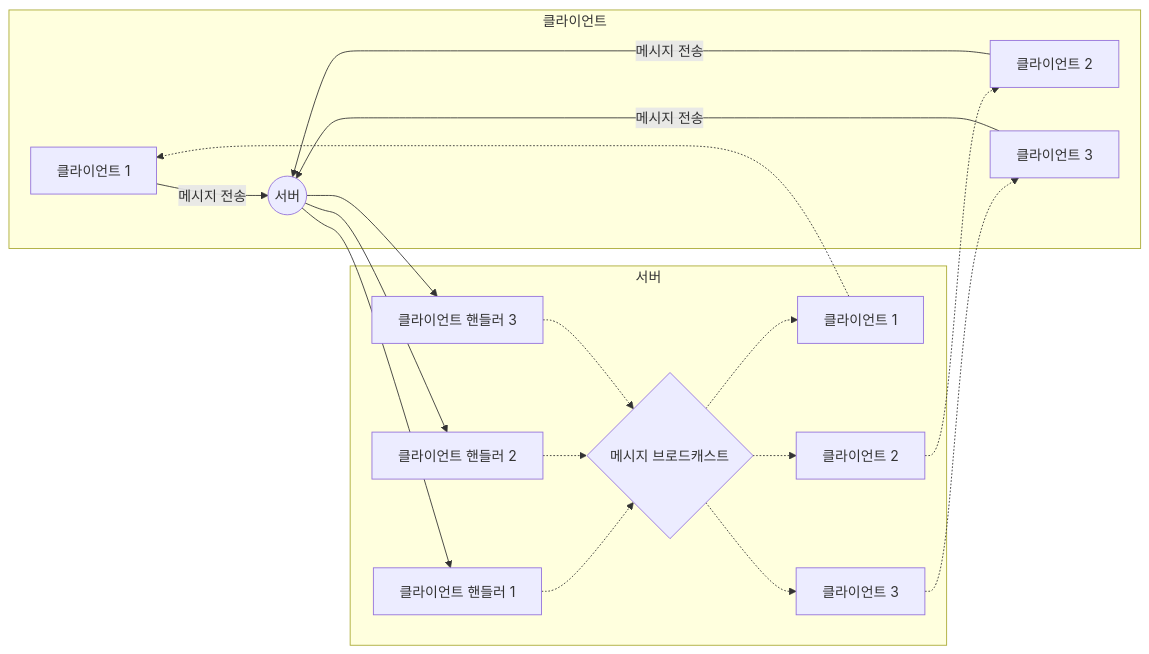
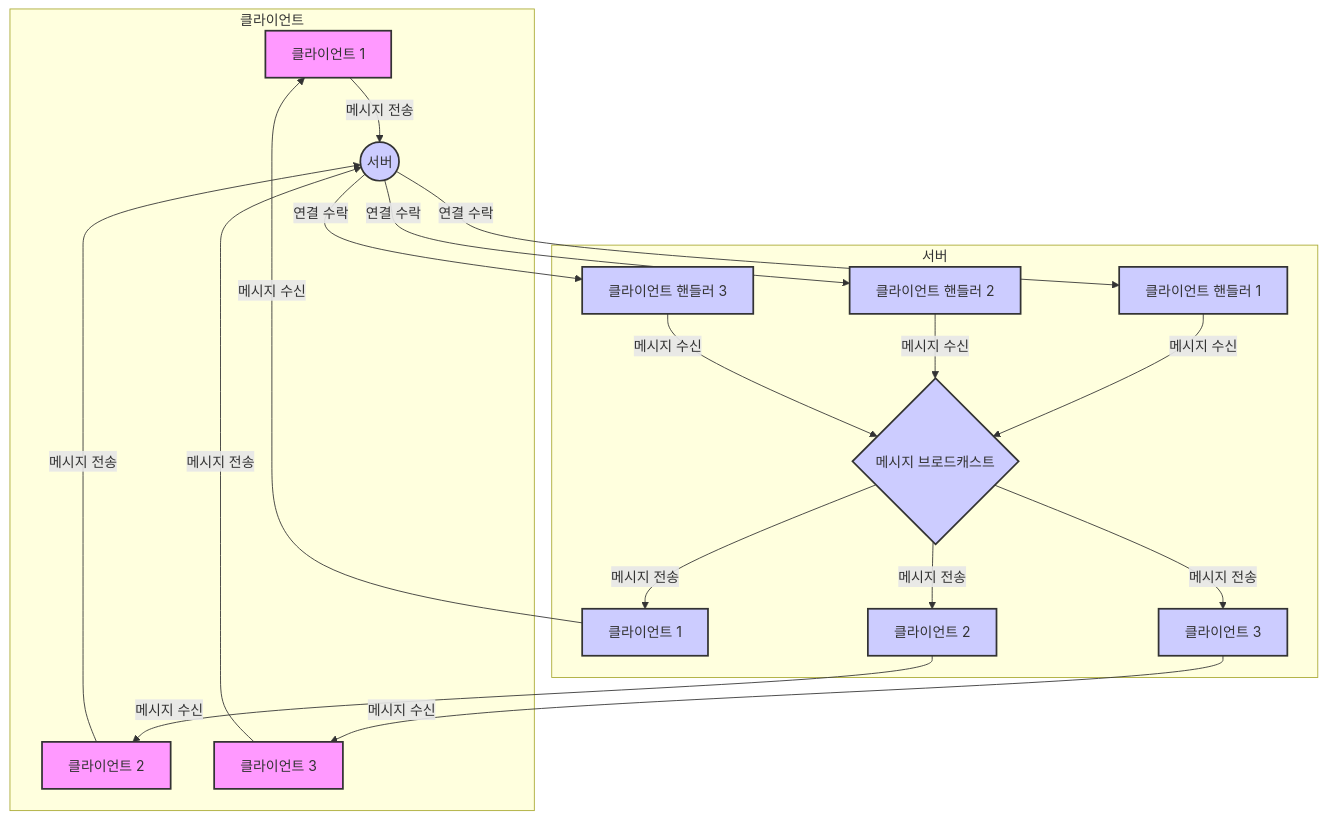
The diagram in README.md (JAEKWANG97/MultiThreadChat), drawn with Mermaid before and after one commit.

````diff
--- a/README.md
+++ b/README.md
@@ -8,31 +8,31 @@
 ```mermaid
-graph LR
+graph TD
     subgraph 클라이언트
-    A[클라이언트 1] -- 메시지 전송 --> B((서버))
-    C[클라이언트 2] -- 메시지 전송 --> B
-    D[클라이언트 3] -- 메시지 전송 --> B
+    A[클라이언트 1] -->|메시지 전송| B
+    C[클라이언트 2] -->|메시지 전송| B
+    D[클라이언트 3] -->|메시지 전송| B
     end
 
     subgraph 서버
-    B --> E[클라이언트 핸들러 1]
-    B --> F[클라이언트 핸들러 2]
-    B --> G[클라이언트 핸들러 3]
+    B((서버)) -->|연결 수락| E[클라이언트 핸들러 1]
+    B -->|연결 수락| F[클라이언트 핸들러 2]
+    B -->|연결 수락| G[클라이언트 핸들러 3]
 
-    E -.-> H{메시지 브로드캐스트}
-    F -.-> H
-    G -.-> H
+    E -->|메시지 수신| H{메시지 브로드캐스트}
+    F -->|메시지 수신| H
+    G -->|메시지 수신| H
 
-    H -.-> I[클라이언트 1]
-    H -.-> J[클라이언트 2]
-    H -.-> K[클라이언트 3]
+    H -->|메시지 전송| I[클라이언트 1]
+    H -->|메시지 전송| J[클라이언트 2]
+    H -->|메시지 전송| K[클라이언트 3]
     end
 
-    I -.-> A
-    J -.-> C
-    K -.-> D
+    I -->|메시지 수신| A
+    J -->|메시지 수신| C
+    K -->|메시지 수신| D
 
-    click E " " "Thread 1"
-    click F " " "Thread 2"
-    click G " " "Thread 3"
-
+    classDef 클라이언트 fill:#f9f,stroke:#333,stroke-width:2px;
+    classDef 서버 fill:#ccf,stroke:#333,stroke-width:2px;
+    class A,C,D 클라이언트;
+    class B,E,F,G,H,I,J,K 서버;
 ```
````
